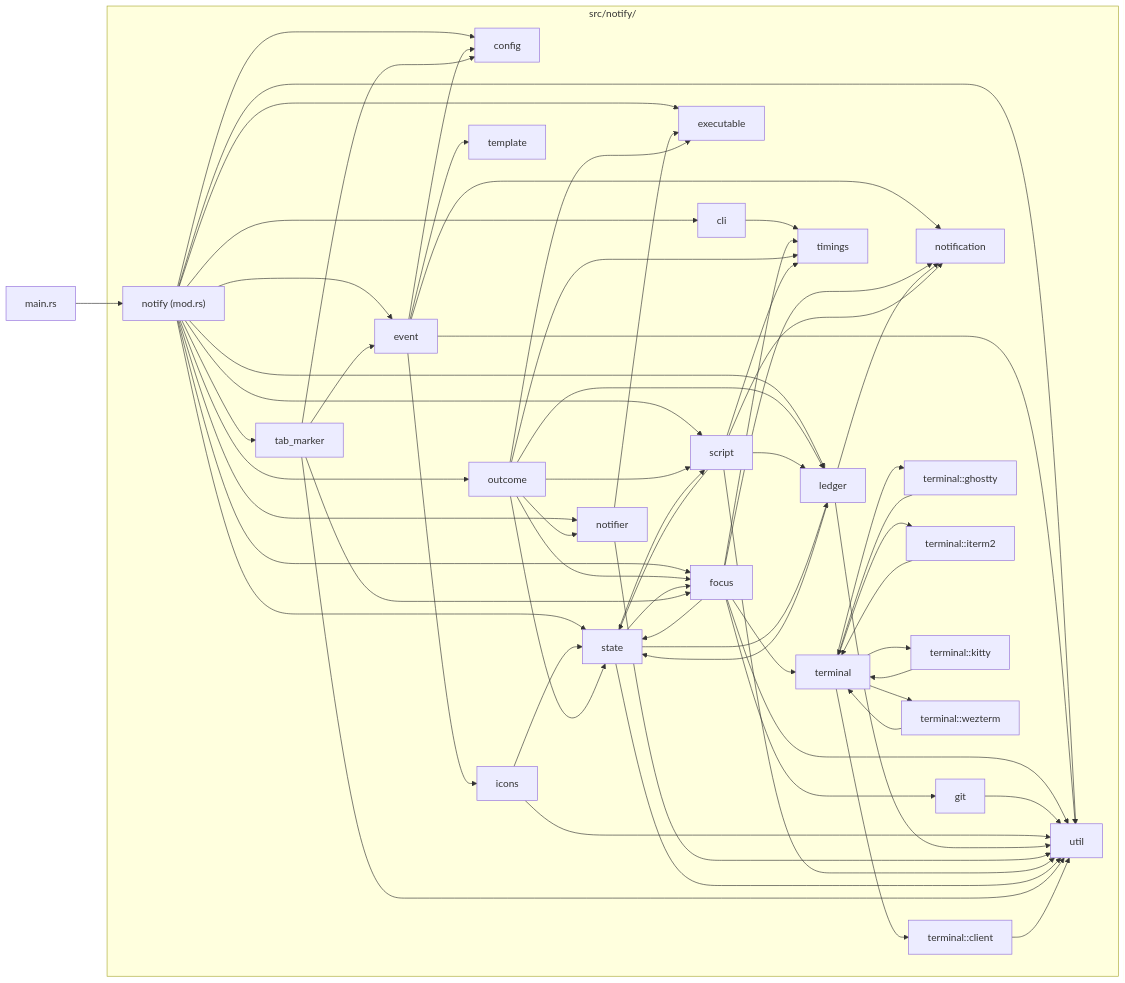
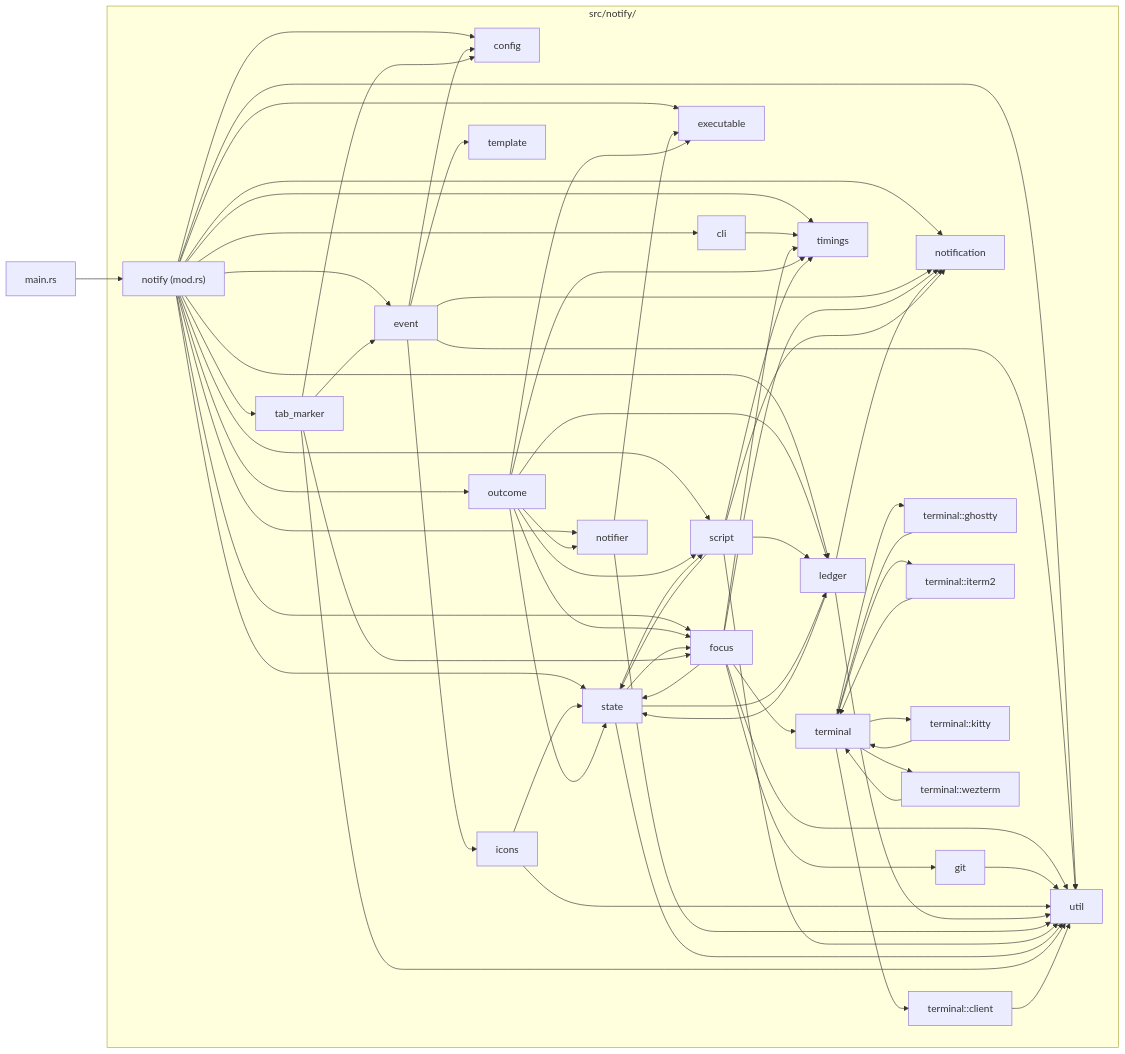
The first of 8 diagrams in docs/architecture.md (dagadbm/herdr-dagadbm), drawn with Mermaid before and after one commit. The commit also changed other lines of this file and 10 other files, not shown here.

```diff
--- a/docs/architecture.md
+++ b/docs/architecture.md
@@ -105,11 +105,13 @@
   notify --> notify_executable
   notify --> notify_focus
   notify --> notify_ledger
+  notify --> notify_notification
   notify --> notify_notifier
   notify --> notify_outcome
   notify --> notify_script
   notify --> notify_state
   notify --> notify_tab_marker
+  notify --> notify_timings
   notify --> notify_util
   notify_cli --> notify_timings
   notify_event --> notify_config
```
